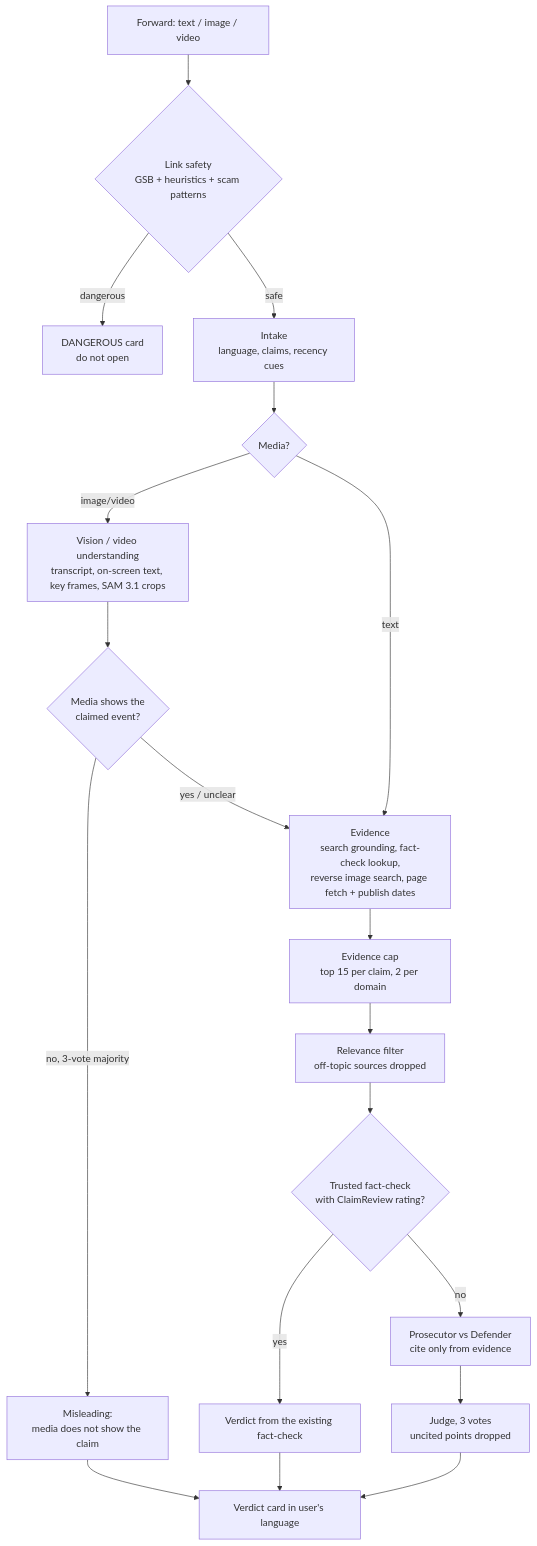
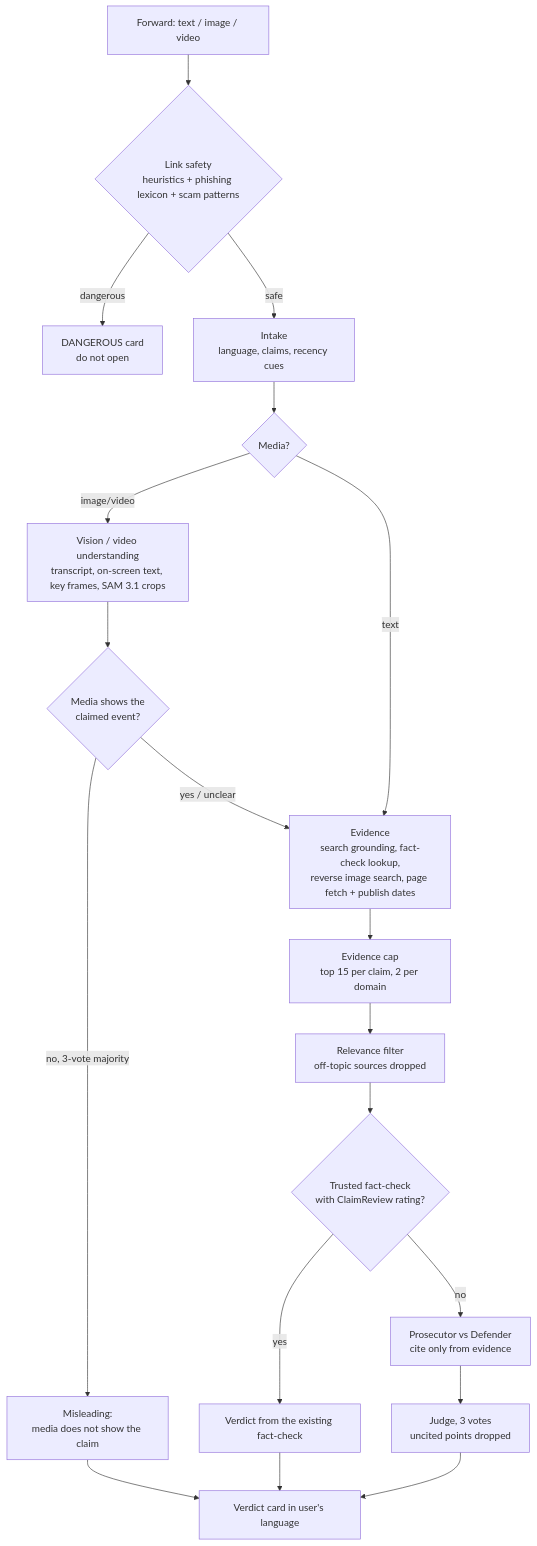
Before and after one commit to anurag-devx/forward-court: the diagram in README.md, drawn with Mermaid. The commit also changed other lines of this file, not shown here.

Commit message:
README: link safety, Suspicious verdict, test count, cache wording

````diff
--- a/README.md
+++ b/README.md
@@ -63,21 +63,21 @@
 ```mermaid
 flowchart TD
-    A[Forward: text / image / video] --> L{Link safety<br/>GSB + heuristics + scam patterns}
+    A[Forward: text / image / video] --> L{Link safety<br/>heuristics + phishing lexicon + scam patterns}
     L -- dangerous --> DD[DANGEROUS card<br/>do not open]
     L -- safe --> B[Intake<br/>language, claims, recency cues]
     B --> M{Media?}
     M -- image/video --> V[Vision / video understanding<br/>transcript, on-screen text, key frames, SAM 3.1 crops]
     V --> G{Media shows the<br/>claimed event?}
     G -- no, 3-vote majority --> X[Misleading:<br/>media does not show the claim]
     G -- yes / unclear --> E
     M -- text --> E[Evidence<br/>search grounding, fact-check lookup,<br/>reverse image search, page fetch + publish dates]
     E --> CAP[Evidence cap<br/>top 15 per claim, 2 per domain]
     CAP --> R[Relevance filter<br/>off-topic sources dropped]
     R --> C{Trusted fact-check<br/>with ClaimReview rating?}
     C -- yes --> K[Verdict from the existing fact-check]
     C -- no --> D[Prosecutor vs Defender<br/>cite only from evidence]
     D --> J[Judge, 3 votes<br/>uncited points dropped]
     J --> CARD[Verdict card in user's language]
     K --> CARD
     X --> CARD
 ```
````
